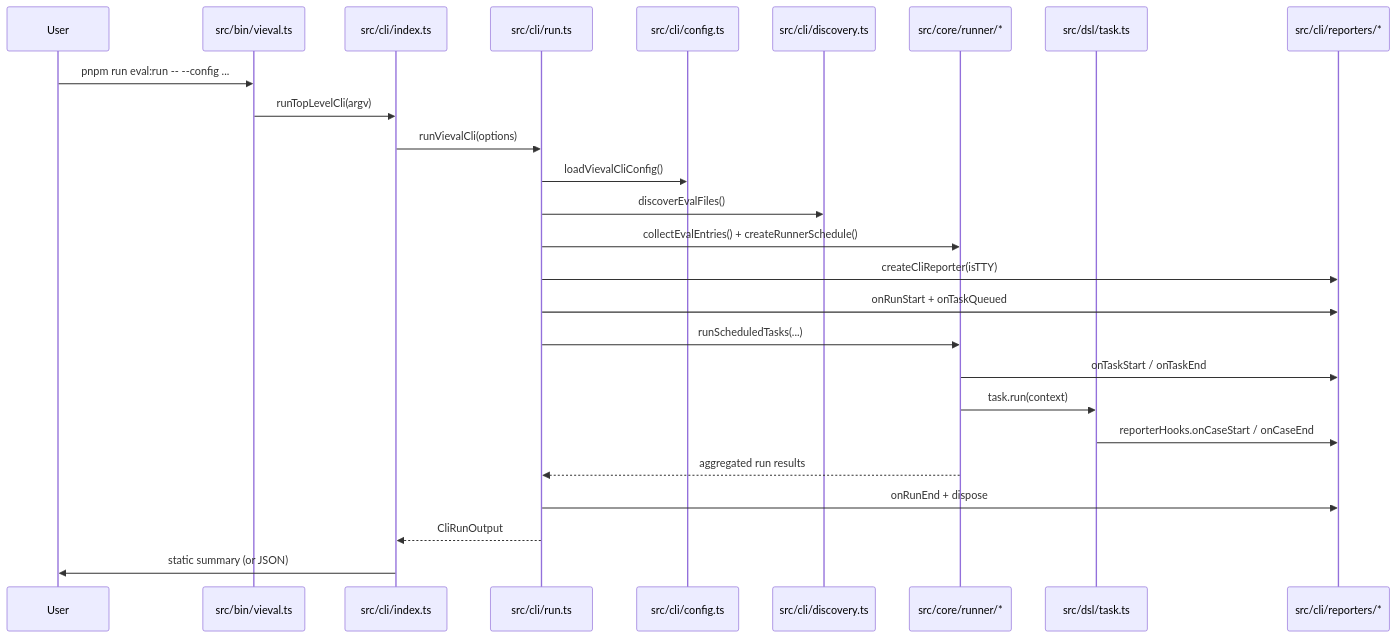
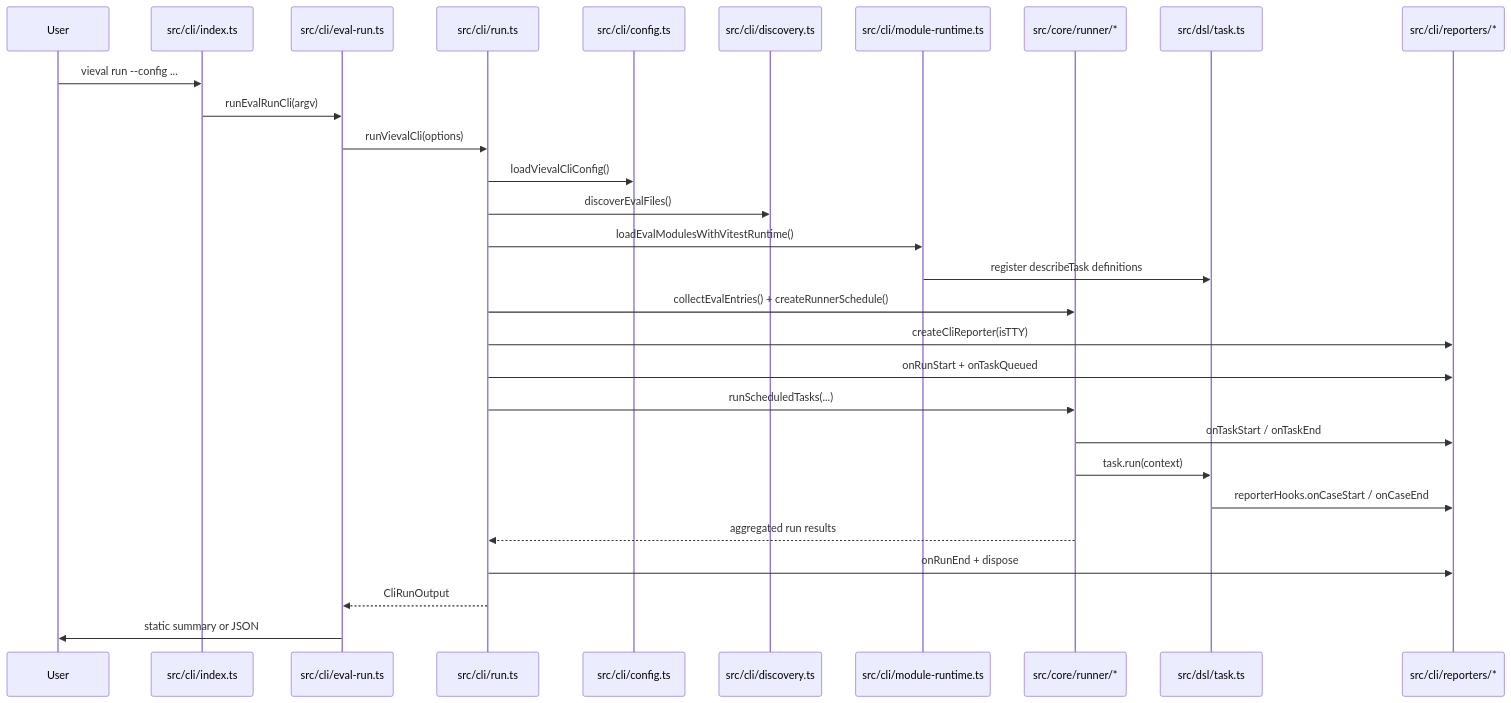
The second of 2 diagrams in packages/vieval/README.md (vieval-dev/vieval), drawn with Mermaid before and after one commit. The commit also changed other lines of this file and 1 other file, not shown here.

````diff
--- a/packages/vieval/README.md
+++ b/packages/vieval/README.md
@@ -132,29 +320,32 @@
 ```mermaid
 sequenceDiagram
   participant U as User
-  participant B as src/bin/vieval.ts
   participant C as src/cli/index.ts
+  participant E as src/cli/eval-run.ts
   participant R as src/cli/run.ts
   participant L as src/cli/config.ts
   participant D as src/cli/discovery.ts
+  participant M as src/cli/module-runtime.ts
   participant S as src/core/runner/*
   participant T as src/dsl/task.ts
   participant P as src/cli/reporters/*
 
-  U->>B: pnpm run eval:run -- --config ...
-  B->>C: runTopLevelCli(argv)
-  C->>R: runVievalCli(options)
+  U->>C: vieval run --config ...
+  C->>E: runEvalRunCli(argv)
+  E->>R: runVievalCli(options)
   R->>L: loadVievalCliConfig()
   R->>D: discoverEvalFiles()
+  R->>M: loadEvalModulesWithVitestRuntime()
+  M->>T: register describeTask definitions
   R->>S: collectEvalEntries() + createRunnerSchedule()
   R->>P: createCliReporter(isTTY)
   R->>P: onRunStart + onTaskQueued
   R->>S: runScheduledTasks(...)
   S->>P: onTaskStart / onTaskEnd
   S->>T: task.run(context)
   T->>P: reporterHooks.onCaseStart / onCaseEnd
   S-->>R: aggregated run results
   R->>P: onRunEnd + dispose
-  R-->>C: CliRunOutput
-  C->>U: static summary (or JSON)
+  R-->>E: CliRunOutput
+  E->>U: static summary or JSON
 ```
````
